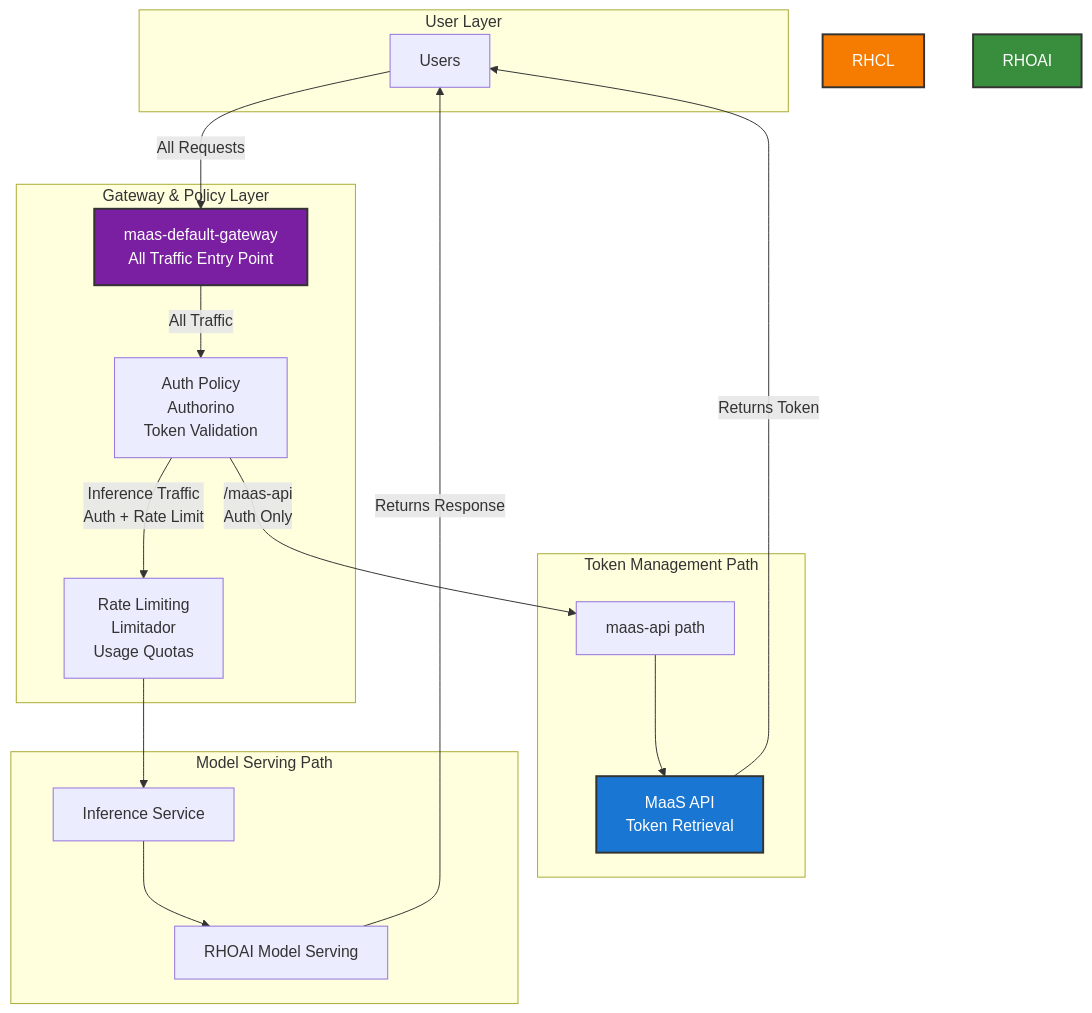
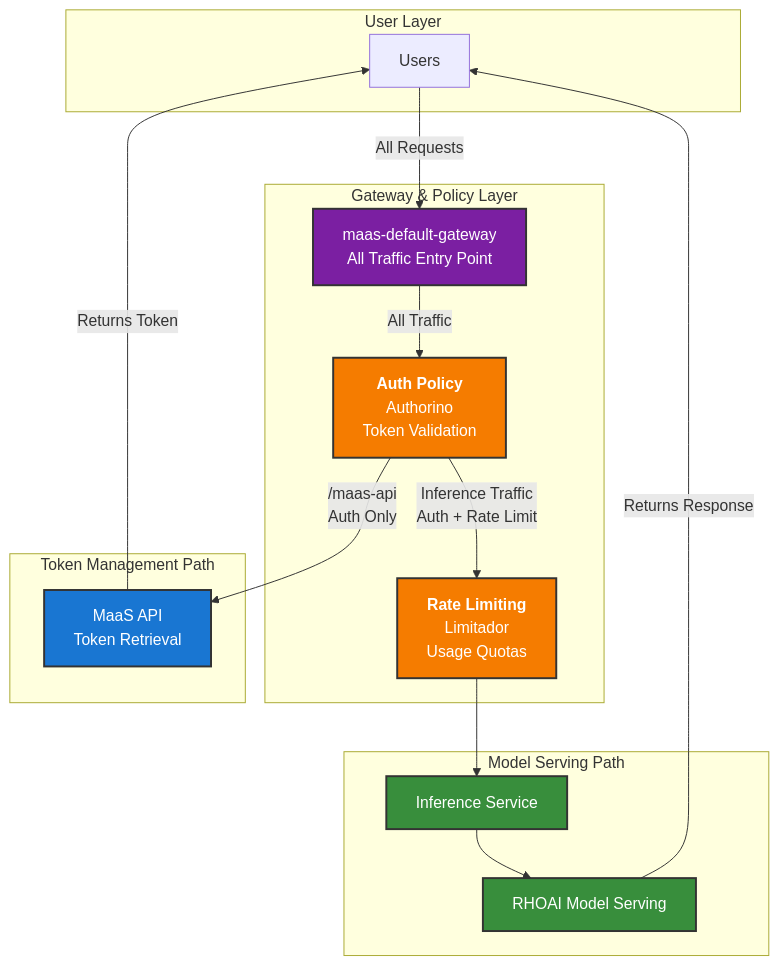
The first of 5 diagrams in docs/content/architecture.md (opendatahub-io/maas-billing), drawn with Mermaid before and after one commit.

Commit message:
Fixing some coloring issues

````diff
--- a/docs/content/architecture.md
+++ b/docs/content/architecture.md
@@ -18,39 +18,39 @@
 ```mermaid
 graph TB
     subgraph "User Layer"
         User[Users]
     end
     
     subgraph "Gateway & Policy Layer"
         GatewayAPI["maas-default-gateway<br/>All Traffic Entry Point"]
-        AuthPolicy["Auth Policy<br/>Authorino<br/>Token Validation"]
-        RateLimit["Rate Limiting<br/>Limitador<br/>Usage Quotas"]
+        AuthPolicy["<b>Auth Policy</b><br/>Authorino<br/>Token Validation"]
+        RateLimit["<b>Rate Limiting</b><br/>Limitador<br/>Usage Quotas"]
     end
     
     subgraph "Token Management Path"
-        PathAPI["maas-api path"]
         MaaSAPI["MaaS API<br/>Token Retrieval"]
     end
     
     subgraph "Model Serving Path"
         PathInference["Inference Service"]
         ModelServing["RHOAI Model Serving"]
     end
     
     User -->|"All Requests"| GatewayAPI
     GatewayAPI -->|"All Traffic"| AuthPolicy
     
-    AuthPolicy -->|"/maas-api<br/>Auth Only"| PathAPI
-    PathAPI --> MaaSAPI
+    AuthPolicy -->|"/maas-api<br/>Auth Only"| MaaSAPI
     MaaSAPI -->|"Returns Token"| User
     
     AuthPolicy -->|"Inference Traffic<br/>Auth + Rate Limit"| RateLimit
     RateLimit --> PathInference
     PathInference --> ModelServing
     ModelServing -->|"Returns Response"| User
     
     style MaaSAPI fill:#1976d2,stroke:#333,stroke-width:2px,color:#fff
     style GatewayAPI fill:#7b1fa2,stroke:#333,stroke-width:2px,color:#fff
-    style RHCL fill:#f57c00,stroke:#333,stroke-width:2px,color:#fff
-    style RHOAI fill:#388e3c,stroke:#333,stroke-width:2px,color:#fff
+    style AuthPolicy fill:#f57c00,stroke:#333,stroke-width:2px,color:#fff
+    style RateLimit fill:#f57c00,stroke:#333,stroke-width:2px,color:#fff
+    style PathInference fill:#388e3c,stroke:#333,stroke-width:2px,color:#fff
+    style ModelServing fill:#388e3c,stroke:#333,stroke-width:2px,color:#fff
 ```
````
